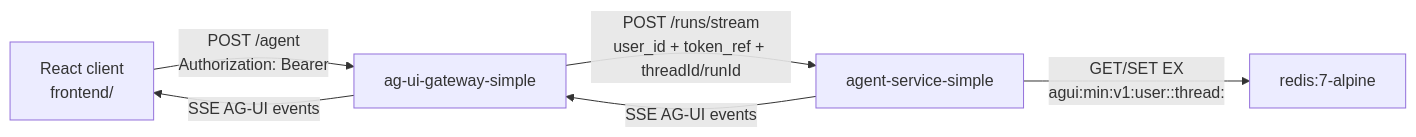
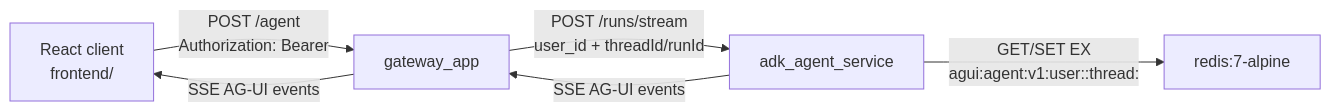
Before and after one commit to Atwolf/user-delegated-auth-service: the diagram in minified/agui-agent-redis/README.md, drawn with Mermaid. The commit also changed other lines of this file and 12 other files, not shown here.

Commit message:
fix: tighten agui service boundaries

````diff
--- a/minified/agui-agent-redis/README.md
+++ b/minified/agui-agent-redis/README.md
@@ -9,8 +9,8 @@
 ```mermaid
 flowchart LR
-    Client["React client\nfrontend/"] -->|"POST /agent\nAuthorization: Bearer <opaque token>"| Agui["ag-ui-gateway-simple"]
-    Agui -->|"POST /runs/stream\nuser_id + token_ref + threadId/runId"| Agent["agent-service-simple"]
-    Agent -->|"GET/SET EX\nagui:min:v1:user:<uid>:thread:<threadId>"| Redis["redis:7-alpine"]
-    Agent -->|"SSE AG-UI events"| Agui
-    Agui -->|"SSE AG-UI events"| Client
+    Client["React client\nfrontend/"] -->|"POST /agent\nAuthorization: Bearer <opaque token>"| Gateway["gateway_app"]
+    Gateway -->|"POST /runs/stream\nuser_id + threadId/runId"| Agent["adk_agent_service"]
+    Agent -->|"GET/SET EX\nagui:agent:v1:user:<uid>:thread:<threadId>"| Redis["redis:7-alpine"]
+    Agent -->|"SSE AG-UI events"| Gateway
+    Gateway -->|"SSE AG-UI events"| Client
 ```
````
